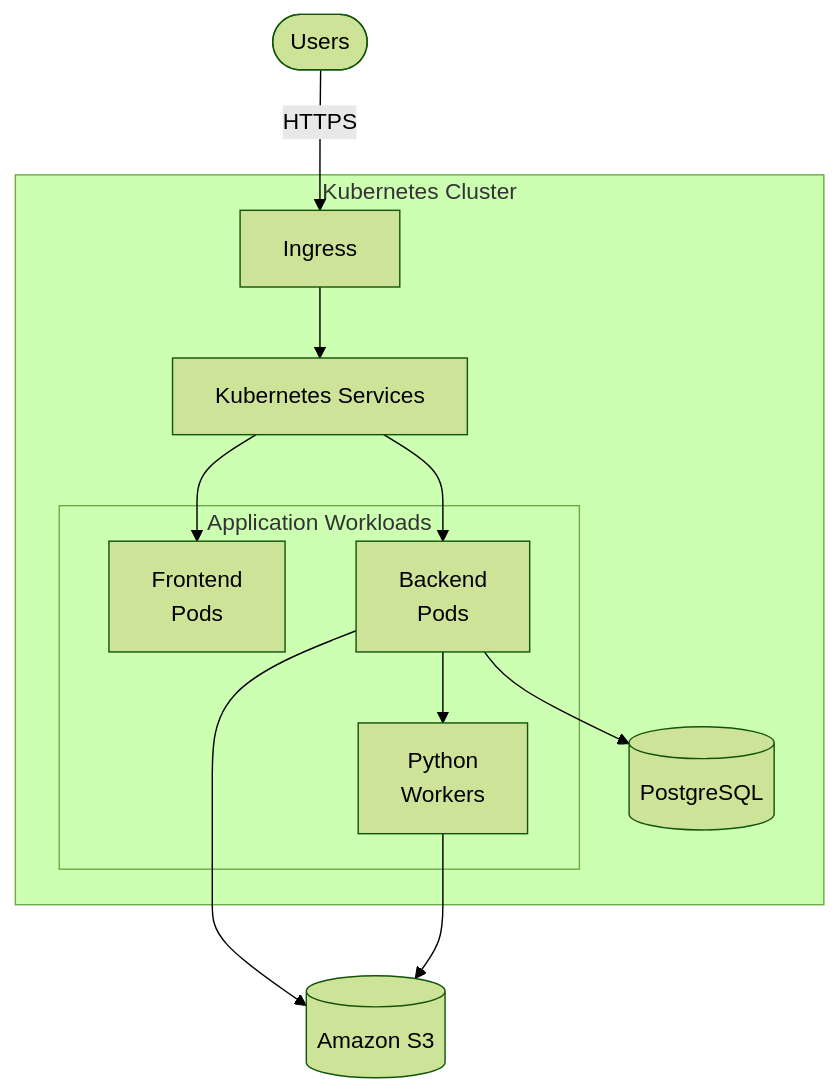
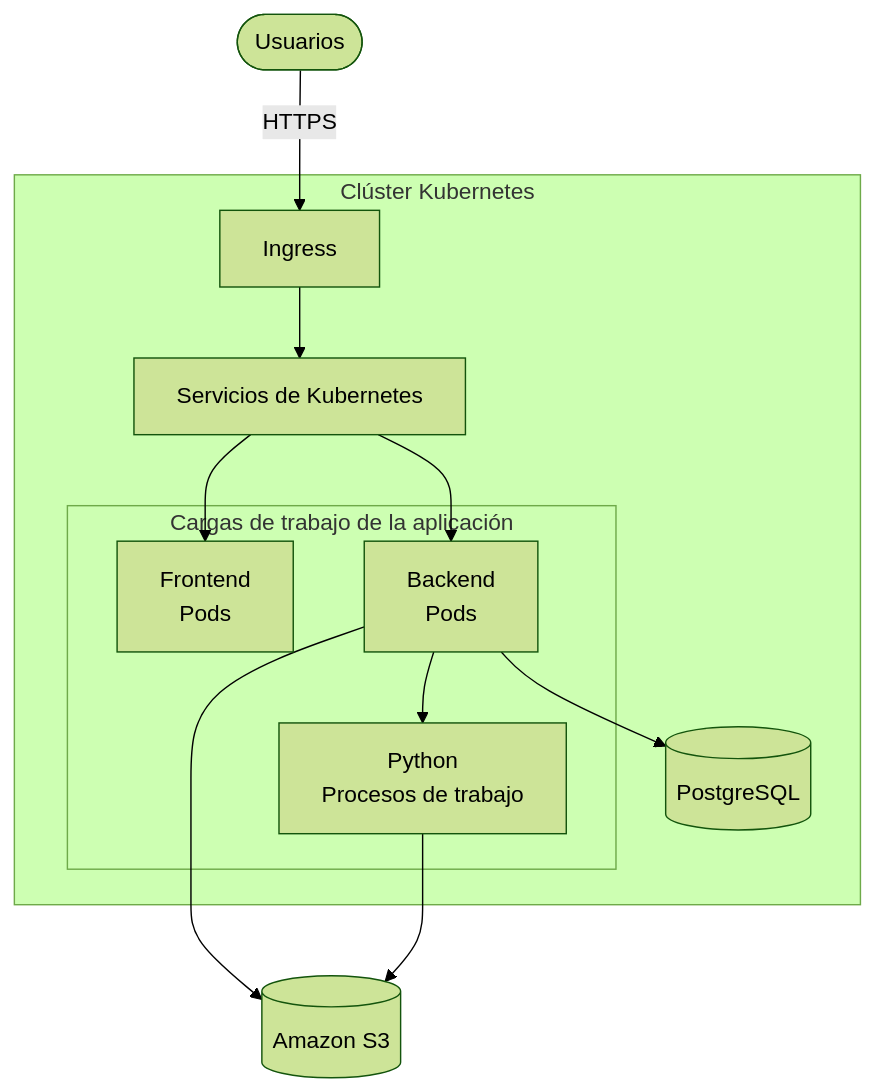
One commit to MateoCastro304/Sistema-De-Gestion-TC changed the second of 5 diagrams in docs/decisions/009-deploy-infrastructure.md. Above: the diagram before and after it, drawn with Mermaid (forest theme). The commit also changed other lines of this file and 31 other files, not shown here.

````diff
--- a/docs/decisions/009-deploy-infrastructure.md
+++ b/docs/decisions/009-deploy-infrastructure.md
@@ -109,27 +109,27 @@
 ```mermaid
 flowchart TB
-    U([Users])
+    U([Usuarios])
 
-    subgraph K8S["Kubernetes Cluster"]
+    subgraph K8S["Clúster Kubernetes"]
         ING["Ingress"]
 
-        subgraph APP["Application Workloads"]
+        subgraph APP["Cargas de trabajo de la aplicación"]
             FE["Frontend<br/>Pods"]
             BE["Backend<br/>Pods"]
-            PY["Python<br/>Workers"]
+            PY["Python<br/>Procesos de trabajo"]
         end
 
-        SVC["Kubernetes Services"]
+        SVC["Servicios de Kubernetes"]
         DB[("PostgreSQL")]
     end
 
     S3[("Amazon S3")]
     U -->|HTTPS| ING
     ING --> SVC
     SVC --> FE
     SVC --> BE
     BE --> PY
     BE --> DB
     BE --> S3
     PY --> S3
 ```
````
